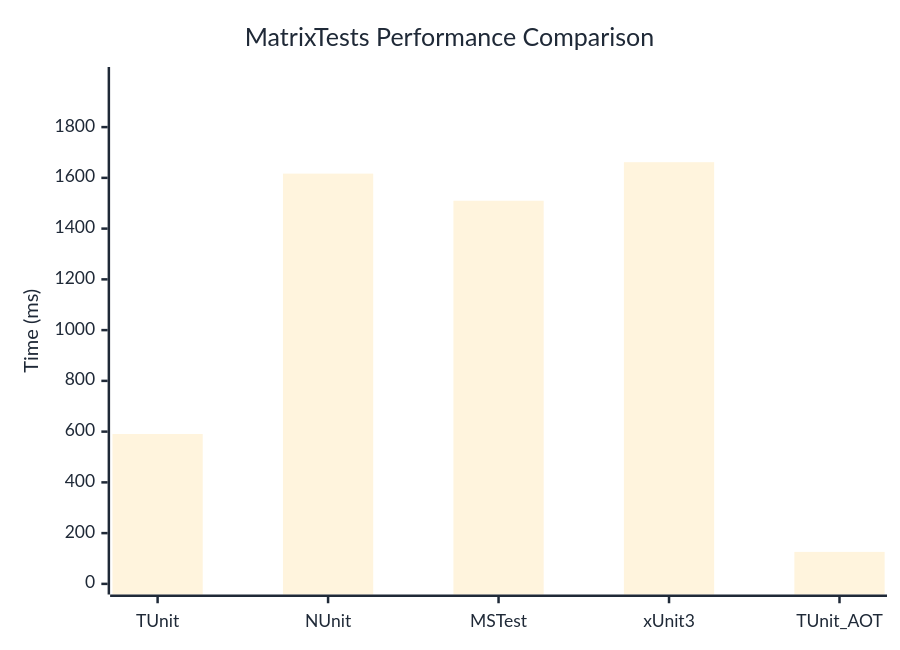
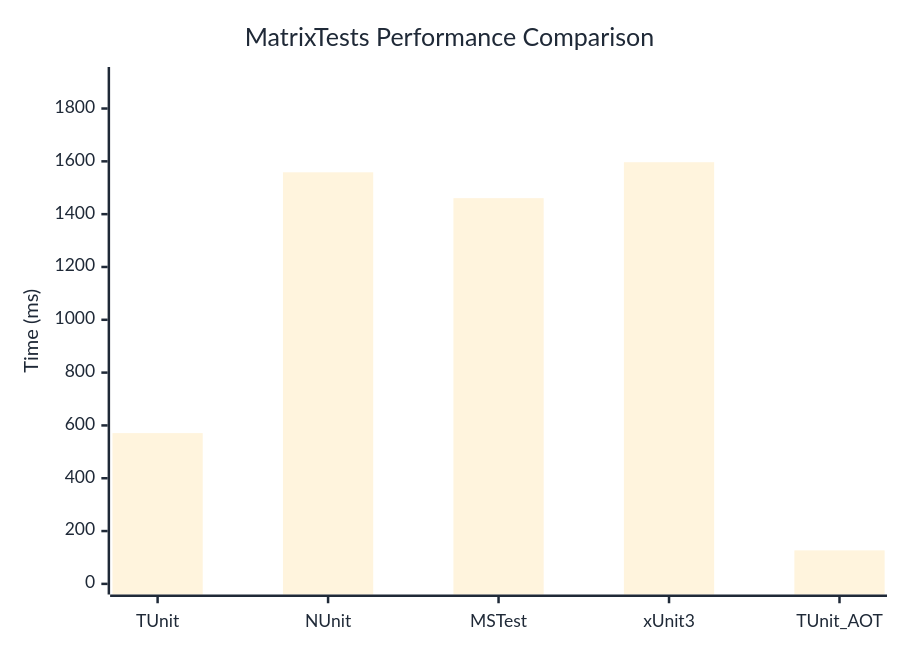
One commit to thomhurst/TUnit changed the diagram in docs/docs/benchmarks/MatrixTests.md. Above: the diagram before and after it, drawn with Mermaid. The commit also changed other lines of this file and 17 other files, not shown here.

````diff
--- a/docs/docs/benchmarks/MatrixTests.md
+++ b/docs/docs/benchmarks/MatrixTests.md
@@ -27,37 +27,37 @@
 ```mermaid
 %%{init: {
   'theme':'base',
   'themeVariables': {
     'primaryColor': '#2563eb',
     'primaryTextColor': '#1f2937',
     'primaryBorderColor': '#1e40af',
     'lineColor': '#6b7280',
     'secondaryColor': '#7c3aed',
     'tertiaryColor': '#dc2626',
     'background': '#ffffff',
     'mainBkg': '#2563eb',
     'secondBkg': '#7c3aed',
     'tertiaryBkg': '#dc2626',
     'clusterBkg': '#f3f4f6',
     'edgeLabelBackground': '#ffffff',
     'tertiaryTextColor': '#1f2937',
     'pie1': '#2563eb',
     'pie2': '#7c3aed',
     'pie3': '#dc2626',
     'pie4': '#f59e0b',
     'pie5': '#10b981',
     'pie6': '#06b6d4',
     'pie7': '#ec4899',
     'pie8': '#6366f1',
     'pie9': '#84cc16',
     'pie10': '#f97316',
     'pie11': '#14b8a6',
     'pie12': '#a855f7'
   }
 }}%%
 xychart-beta
   title "MatrixTests Performance Comparison"
   x-axis ["TUnit", "NUnit", "MSTest", "xUnit3", "TUnit_AOT"]
-  y-axis "Time (ms)" 0 --> 1995
-  bar [590.5, 1616.7, 1509.9, 1661.7, 126]
+  y-axis "Time (ms)" 0 --> 1917
+  bar [570.9, 1558.5, 1460.6, 1596.7, 126.9]
 ```
````
